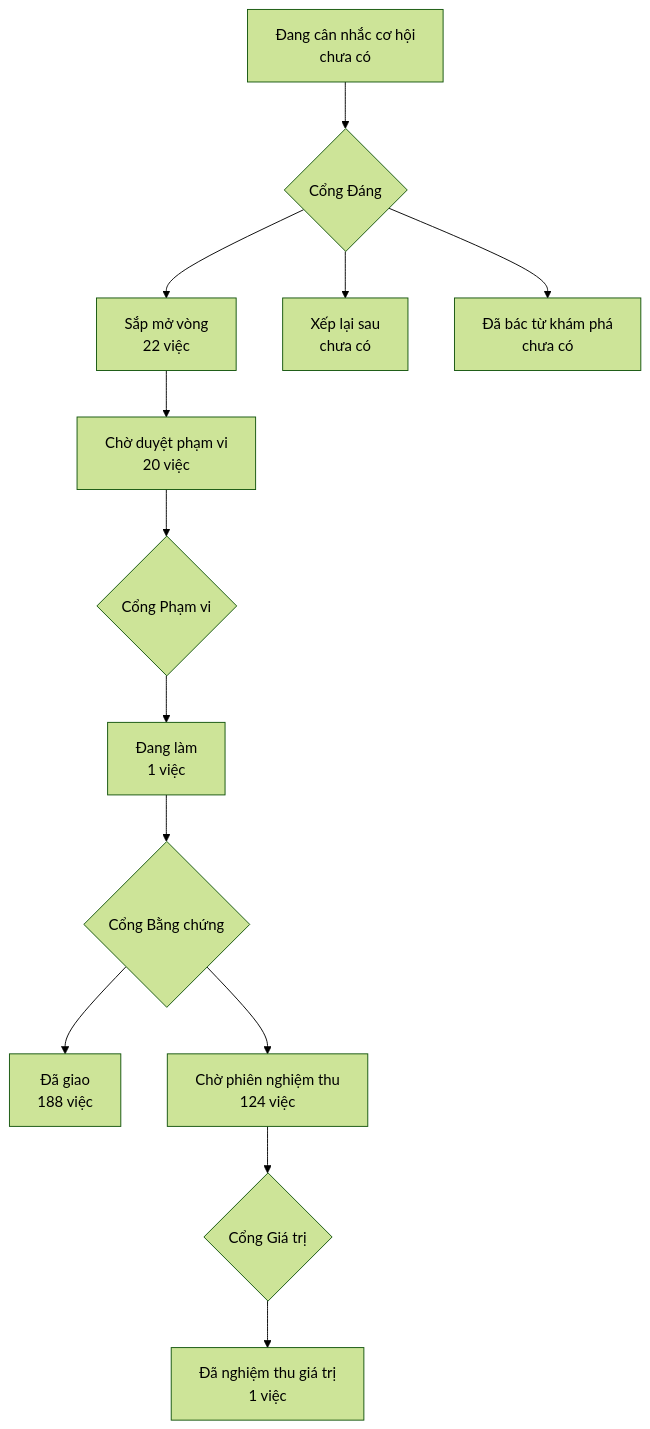
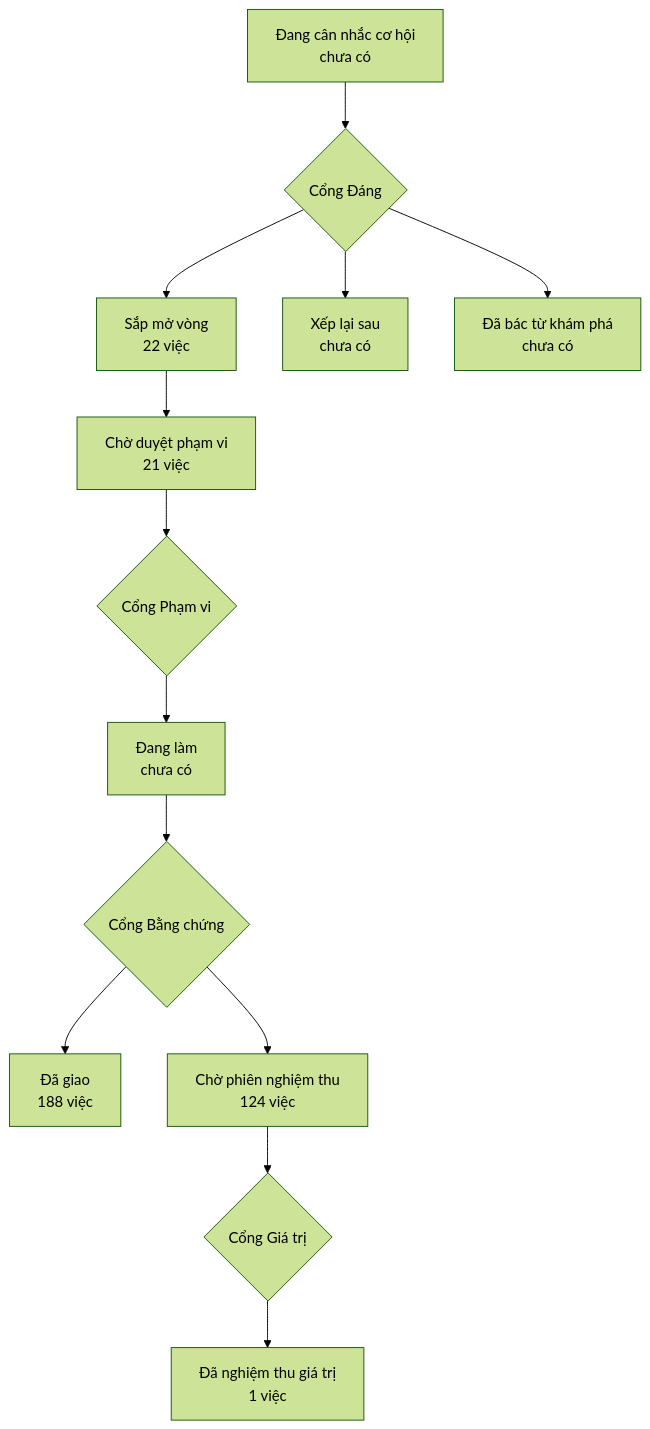
One commit to phanlemanh/onehub-invest changed the diagram in PRODUCT-MAP.md. Above: the diagram before and after it, drawn with Mermaid (forest theme). The commit also changed other lines of this file and 8 other files, not shown here.

````diff
--- a/PRODUCT-MAP.md
+++ b/PRODUCT-MAP.md
@@ -7,12 +7,12 @@
 ```mermaid
 flowchart TD
   A["Đang cân nhắc cơ hội<br/>chưa có"] --> GD{"Cổng Đáng"}
   GD --> B["Sắp mở vòng<br/>22 việc"]
   GD --> XL["Xếp lại sau<br/>chưa có"]
   GD --> DB["Đã bác từ khám phá<br/>chưa có"]
-  B --> CD["Chờ duyệt phạm vi<br/>20 việc"] --> GP{"Cổng Phạm vi"}
-  GP --> DL["Đang làm<br/>1 việc"] --> GB{"Cổng Bằng chứng"}
+  B --> CD["Chờ duyệt phạm vi<br/>21 việc"] --> GP{"Cổng Phạm vi"}
+  GP --> DL["Đang làm<br/>chưa có"] --> GB{"Cổng Bằng chứng"}
   GB --> DG["Đã giao<br/>188 việc"]
   GB --> CN["Chờ phiên nghiệm thu<br/>124 việc"] --> GG{"Cổng Giá trị"}
   GG --> NT["Đã nghiệm thu giá trị<br/>1 việc"]
 ```
````
